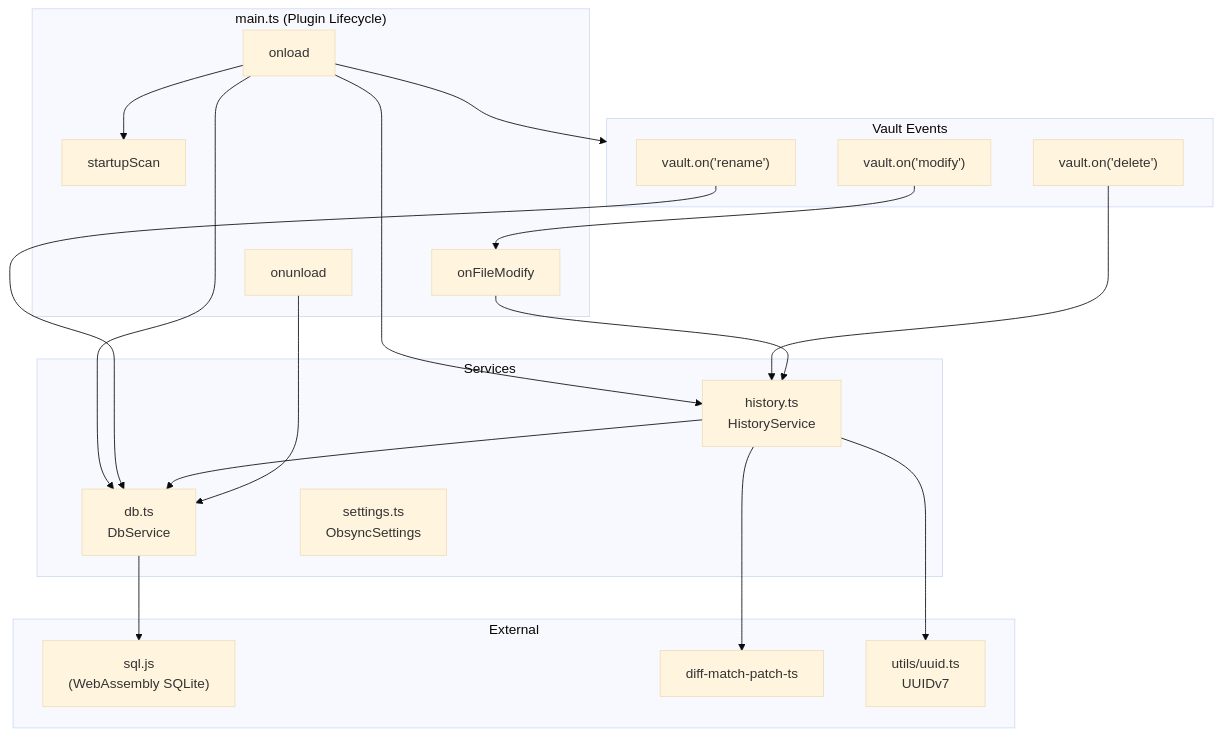
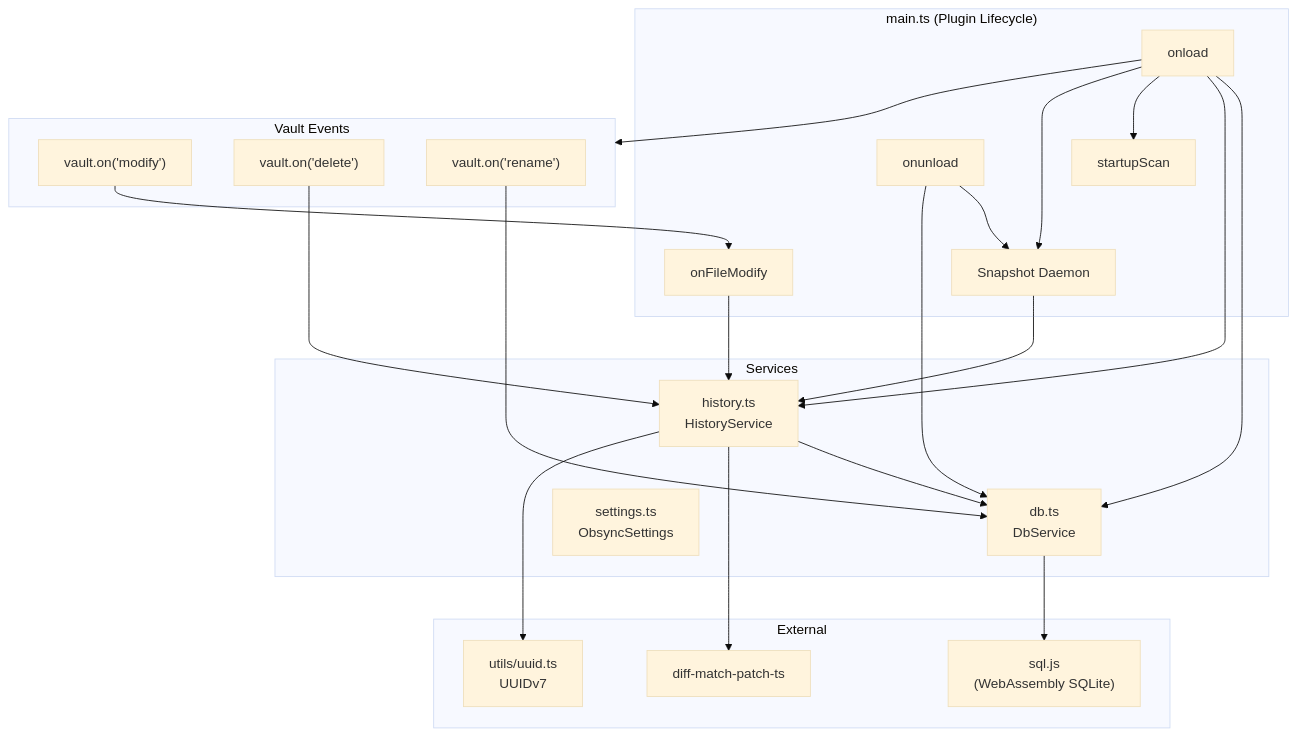
One commit to thspinto/obsync changed the first of 9 diagrams in docs/architecture.md. Above: the diagram before and after it, drawn with Mermaid (base theme). The commit also changed other lines of this file and 5 other files, not shown here.

````diff
--- a/docs/architecture.md
+++ b/docs/architecture.md
@@ -22,44 +23,48 @@
 ```mermaid
 graph TB
     subgraph Plugin["main.ts (Plugin Lifecycle)"]
         onload[onload]
         onunload[onunload]
         startupScan[startupScan]
         onFileModify[onFileModify]
+        snapshotDaemon[Snapshot Daemon]
     end
 
     subgraph Events["Vault Events"]
         modify["vault.on('modify')"]
         delete["vault.on('delete')"]
         rename["vault.on('rename')"]
     end
 
     subgraph Services
         DB["db.ts<br/>DbService"]
         History["history.ts<br/>HistoryService"]
         Settings["settings.ts<br/>ObsyncSettings"]
     end
 
     subgraph External
         SQLite["sql.js<br/>(WebAssembly SQLite)"]
         DMP["diff-match-patch-ts"]
         UUID["utils/uuid.ts<br/>UUIDv7"]
     end
 
     onload --> DB
     onload --> History
     onload --> startupScan
+    onload --> snapshotDaemon
     onload --> Events
 
     modify --> onFileModify
     delete --> History
     rename --> DB
 
     onFileModify --> History
+    snapshotDaemon --> History
     History --> DB
     History --> DMP
     History --> UUID
     DB --> SQLite
 
+    onunload --> snapshotDaemon
     onunload --> DB
 ```
````
